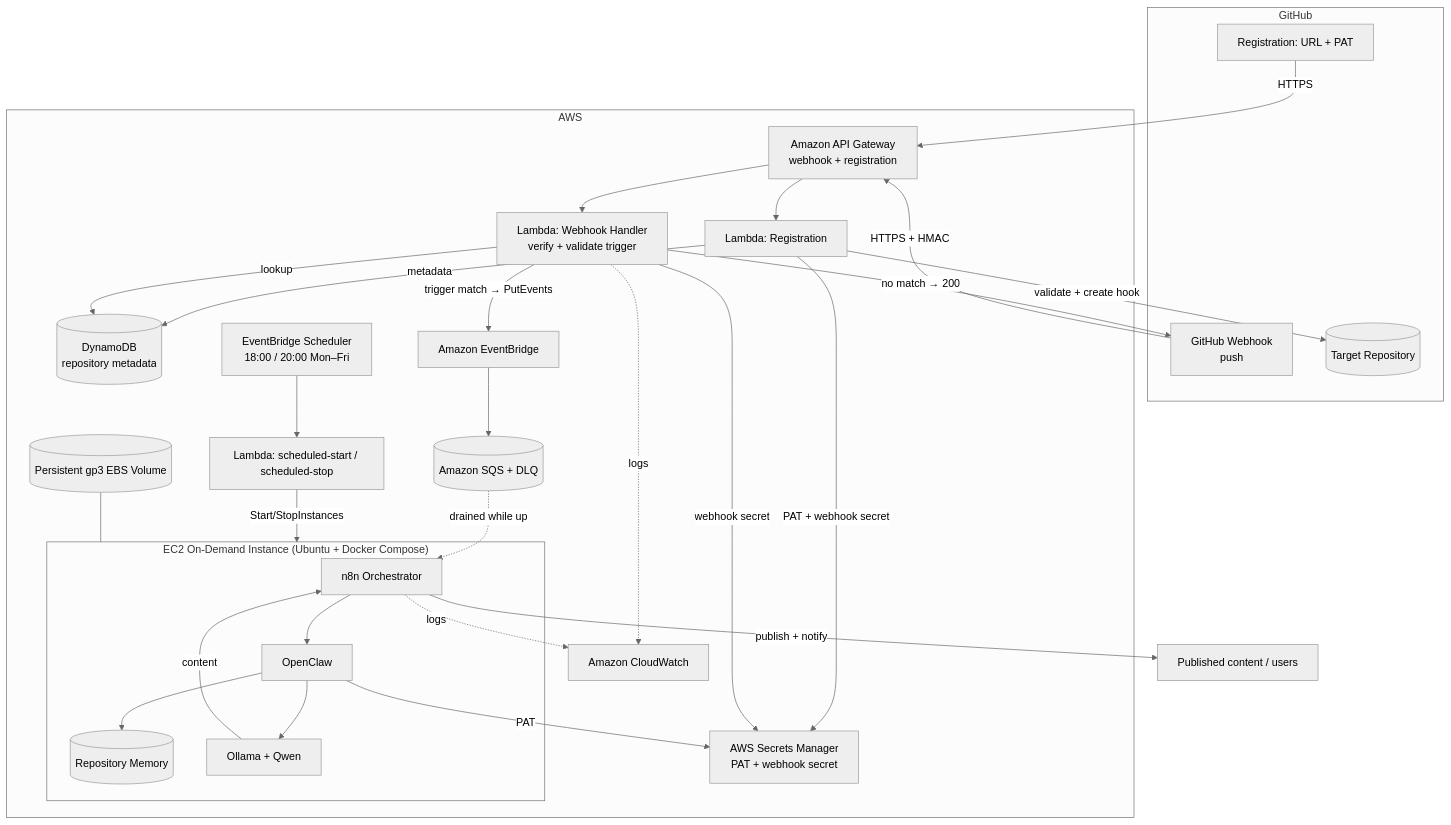
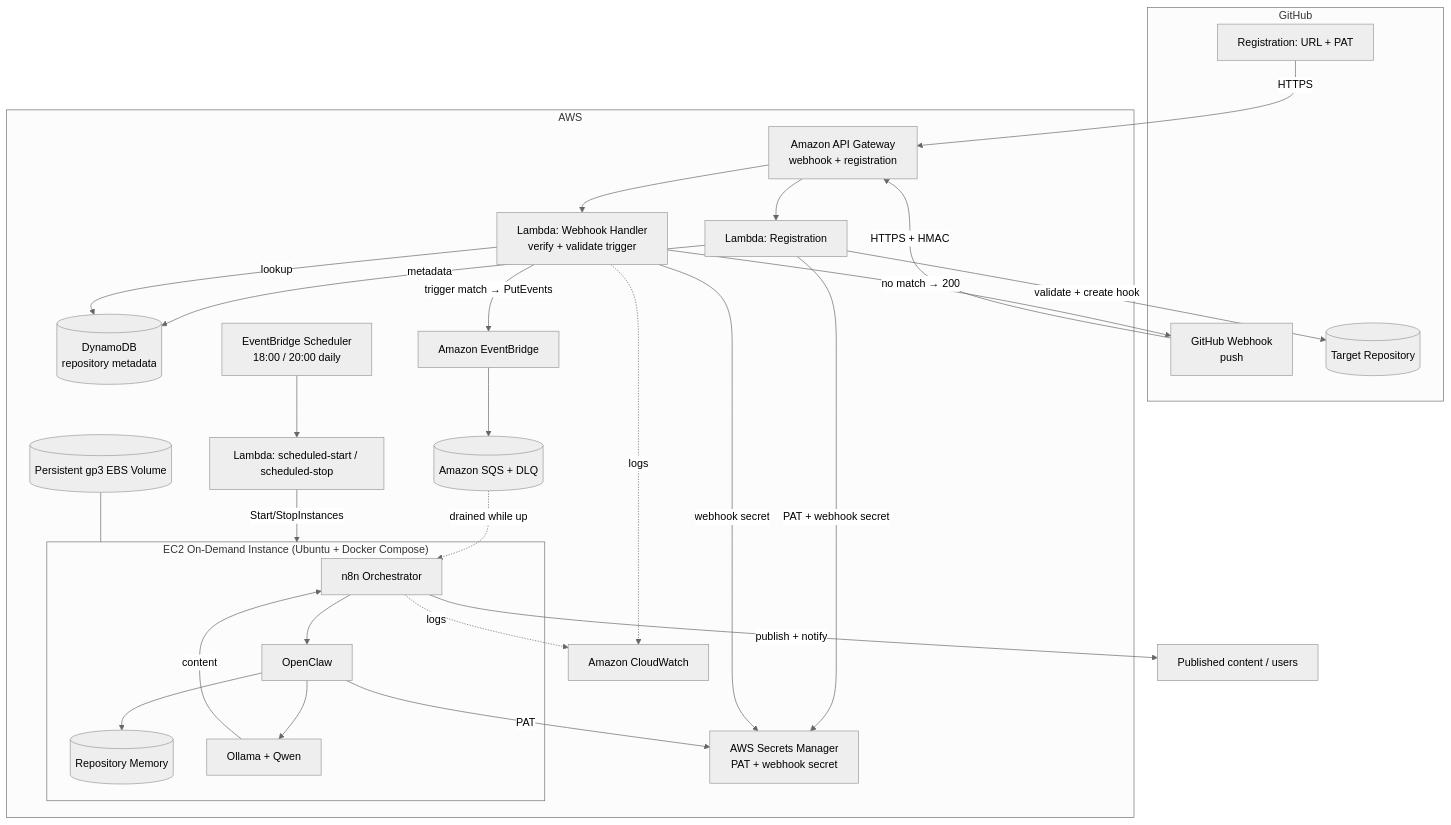
The third of 8 diagrams in docs/architecture.md (teddynted/ai-github-repository-blog-generator), drawn with Mermaid (neutral theme) before and after one commit. The commit also changed other lines of this file and 21 other files, not shown here.

````diff
--- a/docs/architecture.md
+++ b/docs/architecture.md
@@ -84,49 +84,49 @@
 ```mermaid
 flowchart TB
     subgraph GitHub
         REG[Registration: URL + PAT]
         EVT[GitHub Webhook<br/>push]
         REPO[(Target Repository)]
     end
 
     subgraph AWS
         APIGW[Amazon API Gateway<br/>webhook + registration]
         RL[Lambda: Registration]
         LH[Lambda: Webhook Handler<br/>verify + validate trigger]
         SM[AWS Secrets Manager<br/>PAT + webhook secret]
         DDB[(DynamoDB<br/>repository metadata)]
         EB[Amazon EventBridge]
         SQS[(Amazon SQS + DLQ)]
-        SCH[EventBridge Scheduler<br/>18:00 / 20:00 Mon–Fri]
+        SCH[EventBridge Scheduler<br/>18:00 / 20:00 daily]
         PWR[Lambda: scheduled-start / scheduled-stop]
         subgraph EC2["EC2 On-Demand Instance (Ubuntu + Docker Compose)"]
             N8N[n8n Orchestrator]
             OC[OpenClaw]
             MEM[(Repository Memory)]
             OLL[Ollama + Qwen]
         end
         EBS[(Persistent gp3 EBS Volume)]
         CW[Amazon CloudWatch]
     end
 
     REG -->|HTTPS| APIGW --> RL
     RL -->|validate + create hook| REPO
     RL -->|metadata| DDB
     RL -->|PAT + webhook secret| SM
     EVT -->|HTTPS + HMAC| APIGW --> LH
     LH -->|lookup| DDB
     LH -->|webhook secret| SM
     LH -->|trigger match → PutEvents| EB
     LH -->|no match → 200| EVT
     EB --> SQS
     SCH --> PWR -->|Start/StopInstances| EC2
     SQS -.->|drained while up| N8N
     N8N --> OC --> MEM
     OC -->|PAT| SM
     OC --> OLL
     OLL -->|content| N8N
     N8N -->|publish + notify| OUT[Published content / users]
     EBS --- EC2
     LH -. logs .-> CW
     N8N -. logs .-> CW
 ```
````
